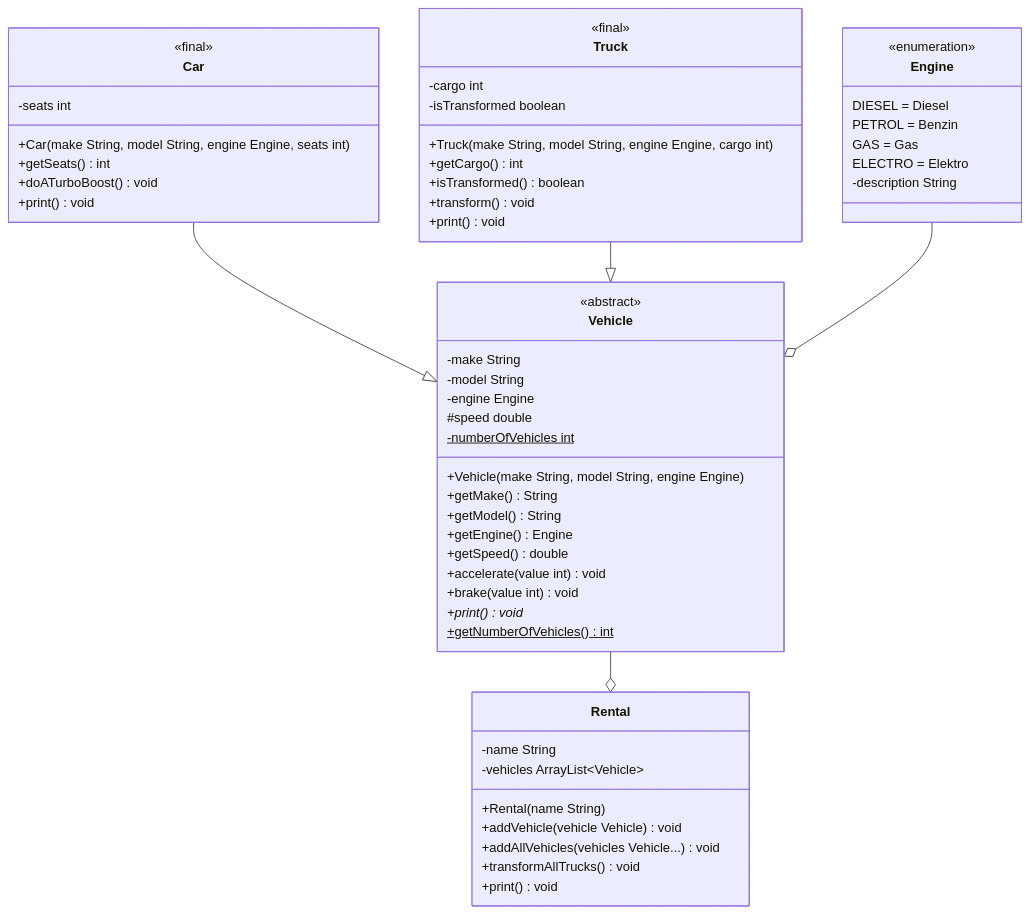
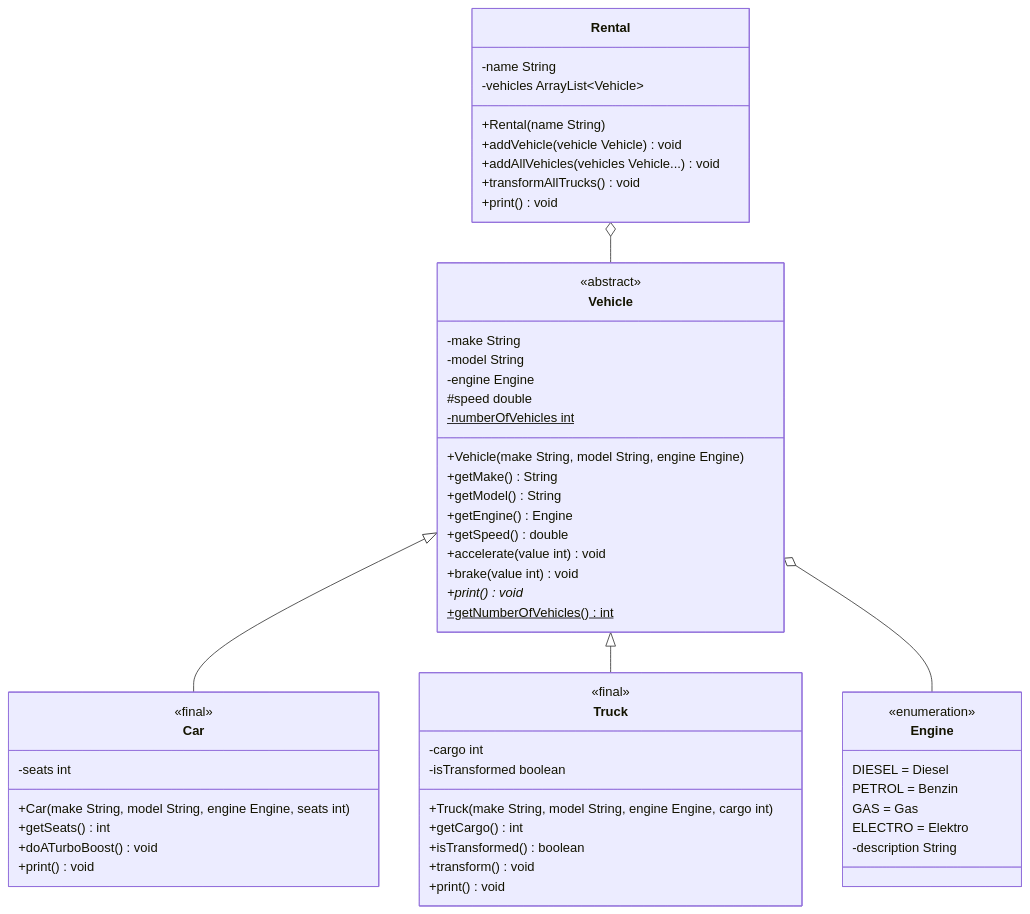
The diagram in docs/exercises/abstract-and-final/abstract-and-final01.md (jappuccini/java-docs), drawn with Mermaid before and after one commit.

````diff
--- a/docs/exercises/abstract-and-final/abstract-and-final01.md
+++ b/docs/exercises/abstract-and-final/abstract-and-final01.md
@@ -13,64 +13,64 @@
 ```mermaid
 classDiagram
-    Car --|> Vehicle
-    Truck --|> Vehicle
-    Engine --o Vehicle
-    Vehicle --o Rental
+    Vehicle <|-- Car
+    Vehicle <|-- Truck
+    Vehicle o-- Engine
+    Rental o-- Vehicle
 
     class Vehicle {
         <<abstract>>
         -make String
         -model String
         -engine Engine
         #speed double
         -numberOfVehicles int$
         +Vehicle(make String, model String, engine Engine)
         +getMake() String
         +getModel() String
         +getEngine() Engine
         +getSpeed() double
         +accelerate(value int) void
         +brake(value int) void
         +print()* void
-        +getNumberOfVehicles() int$
+        +getNumberOfVehicles()$ int
     }
 
     class Engine {
         <<enumeration>>
         DIESEL = Diesel
         PETROL = Benzin
         GAS = Gas
         ELECTRO = Elektro
         -description String
     }
 
     class Car {
         <<final>>
         -seats int
         +Car(make String, model String, engine Engine, seats int)
         +getSeats() int
         +doATurboBoost() void
         +print() void
     }
 
     class Truck {
         <<final>>
         -cargo int
         -isTransformed boolean
         +Truck(make String, model String, engine Engine, cargo int)
         +getCargo() int
         +isTransformed() boolean
         +transform() void
         +print() void
     }
 
     class Rental {
         -name String
         -vehicles ArrayList~Vehicle~
         +Rental(name String)
         +addVehicle(vehicle Vehicle) void
         +addAllVehicles(vehicles Vehicle...) void
         +transformAllTrucks() void
         +print() void
     }
 ``` 
````
